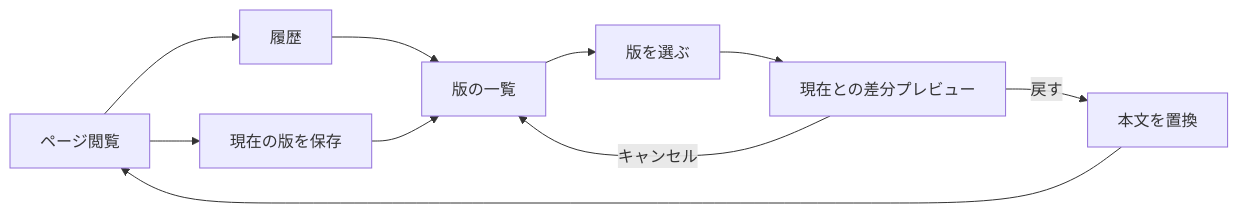
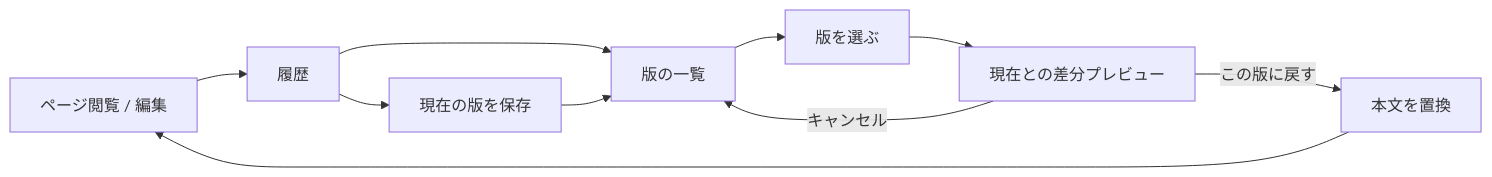
Before and after one commit to Zli-UoA/zeee: the third of 4 diagrams in docs/ia/01-user-operations.md, drawn with Mermaid. The commit also changed other lines of this file and 7 other files, not shown here.

````diff
--- a/docs/ia/01-user-operations.md
+++ b/docs/ia/01-user-operations.md
@@ -106,12 +112,12 @@
 ```mermaid
 flowchart LR
-  A[ページ閲覧] --> B[履歴]
+  A[ページ閲覧 / 編集] --> B[履歴]
   B --> C[版の一覧]
   C --> D[版を選ぶ]
   D --> E[現在との差分プレビュー]
-  E -->|戻す| F[本文を置換]
+  E -->|この版に戻す| F[本文を置換]
   E -->|キャンセル| C
   F --> A
-  A --> G[現在の版を保存]
+  B --> G[現在の版を保存]
   G --> C
 ```
````
